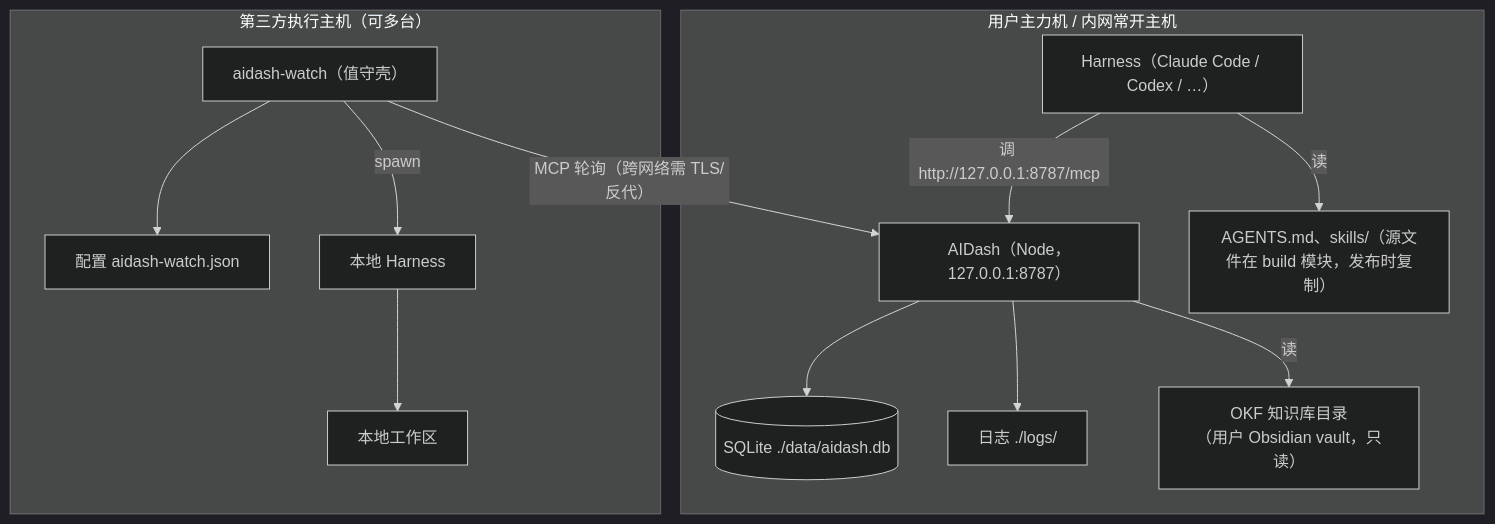
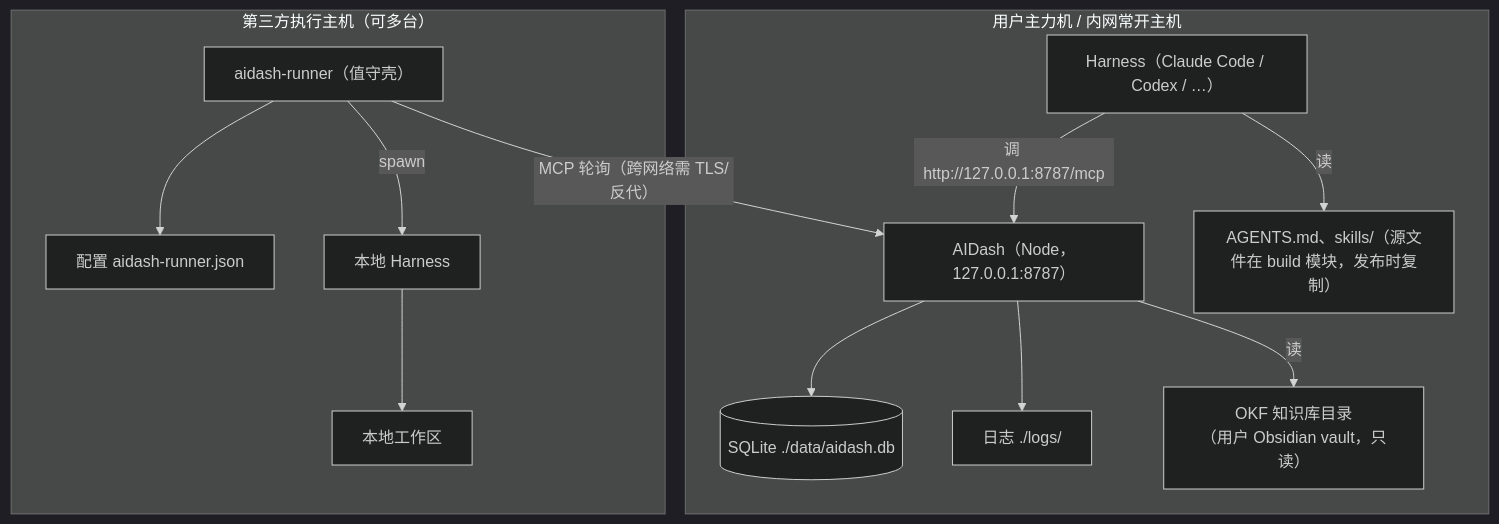
One commit to isharrrry/AIDash changed the second of 5 diagrams in 30-design/设计文档包/02-系统-子系统设计说明.md. Above: the diagram before and after it, drawn with Mermaid (dark theme). The commit also changed other lines of this file and 310 other files, not shown here.

````diff
--- a/30-design/设计文档包/02-系统-子系统设计说明.md
+++ b/30-design/设计文档包/02-系统-子系统设计说明.md
@@ -208,28 +209,28 @@
 ```mermaid
 flowchart TB
     subgraph M1["用户主力机 / 内网常开主机"]
         A["AIDash（Node，127.0.0.1:8787）"]
         DB[("SQLite ./data/aidash.db")]
         LG["日志 ./logs/"]
         KB["OKF 知识库目录<br/>（用户 Obsidian vault，只读）"]
         H["Harness（Claude Code / Codex / …）"]
         HF["AGENTS.md、skills/（源文件在 build 模块，发布时复制）"]
         A --> DB
         A --> LG
         A -->|"读"| KB
         H -->|"读"| HF
         H -->|"调 http://127.0.0.1:8787/mcp"| A
     end
 
     subgraph M2["第三方执行主机（可多台）"]
-        W["aidash-watch（值守壳）"]
-        WC["配置 aidash-watch.json"]
+        W["aidash-runner（值守壳）"]
+        WC["配置 aidash-runner.json"]
         WH["本地 Harness"]
         WW["本地工作区"]
         W --> WC
         W -->|"spawn"| WH
         WH --> WW
     end
 
     W -->|"MCP 轮询（跨网络需 TLS/反代）"| A
 ```
````
